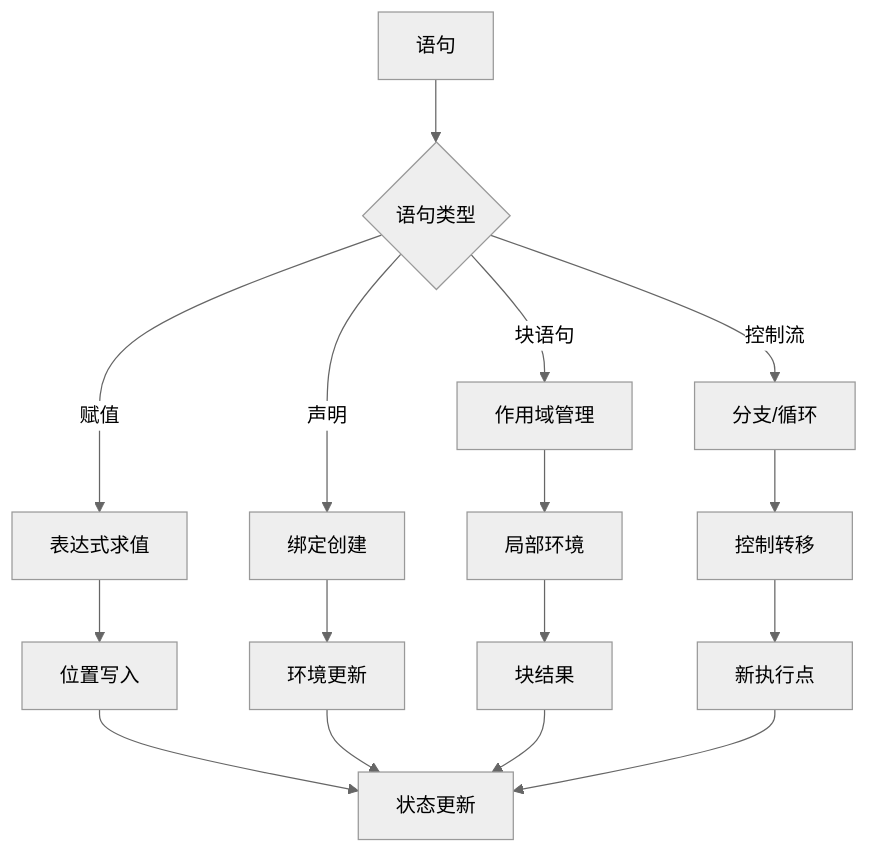
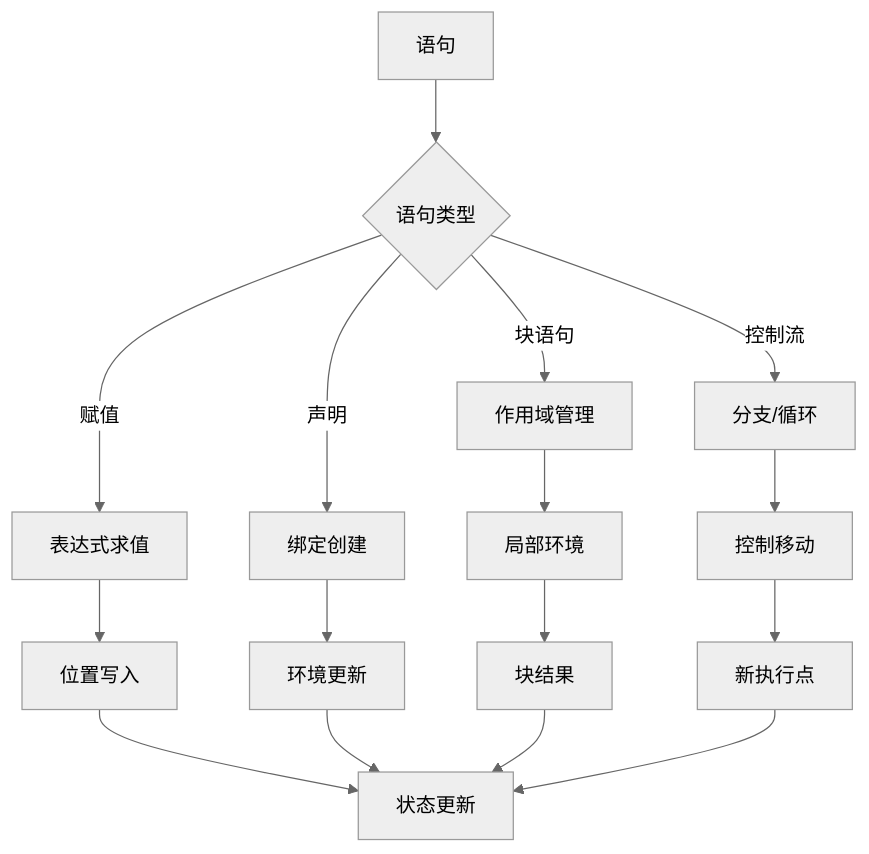
The diagram in formal_rust/refactor/01_core_theory/02_control_semantics/01_control_flow_semantics/02_statement_semantics.md (martin-ly/rust-lang), drawn with Mermaid (neutral theme) before and after one commit. The commit also changed other lines of this file and 5740 other files, not shown here.

````diff
--- a/formal_rust/refactor/01_core_theory/02_control_semantics/01_control_flow_semantics/02_statement_semantics.md
+++ b/formal_rust/refactor/01_core_theory/02_control_semantics/01_control_flow_semantics/02_statement_semantics.md
@@ -48,21 +48,21 @@
 ```mermaid
 graph TD
     A[语句] --> B{语句类型}
     B -->|赋值| C[表达式求值]
     B -->|声明| D[绑定创建]
     B -->|块语句| E[作用域管理]
     B -->|控制流| F[分支/循环]
     
     C --> G[位置写入]
     D --> H[环境更新]
     E --> I[局部环境]
-    F --> J[控制转移]
+    F --> J[控制移动]
     
     G --> K[状态更新]
     H --> K
     I --> L[块结果]
     J --> M[新执行点]
     
     L --> K
     M --> K
 ```
````
